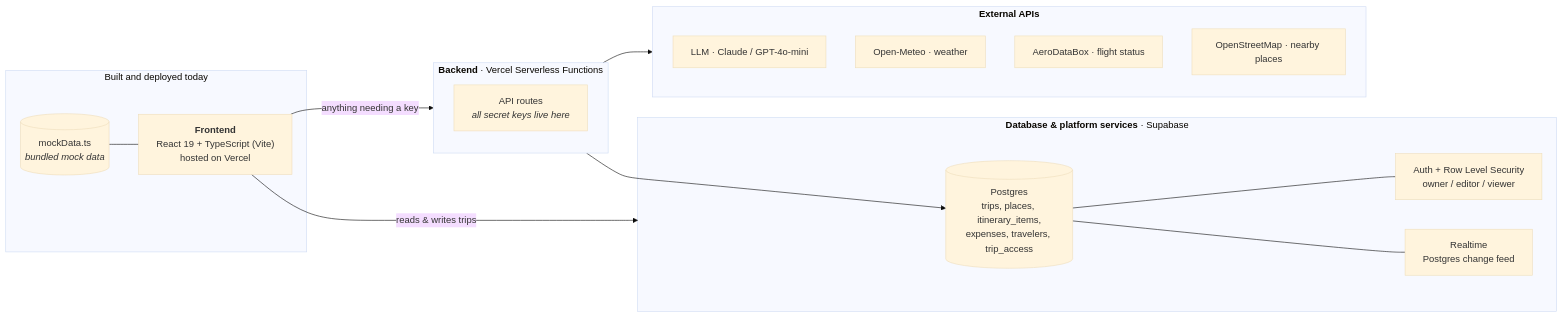
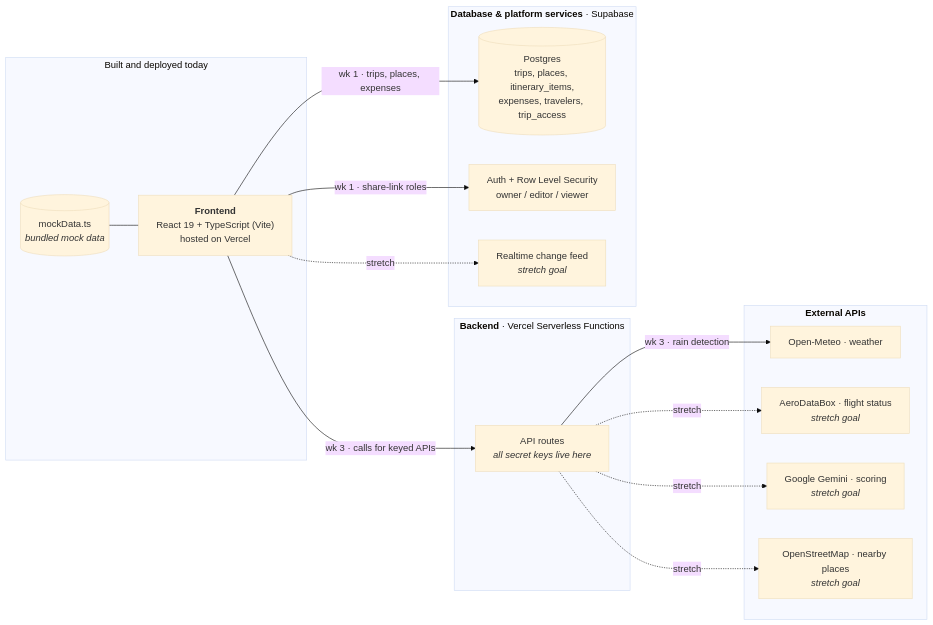
Before and after one commit to JoJoChaw20/TripSync: the fifth of 5 diagrams in README.md, drawn with Mermaid (base theme). The commit also changed other lines of this file, not shown here.

````diff
--- a/README.md
+++ b/README.md
@@ -175,33 +267,35 @@
 ```mermaid
 flowchart LR
     subgraph Now["Built and deployed today"]
         UI["<b>Frontend</b><br/>React 19 + TypeScript (Vite)<br/>hosted on Vercel"]
         Mock[("mockData.ts<br/><i>bundled mock data</i>")]
         Mock --- UI
     end
 
     subgraph Server["<b>Backend</b> · Vercel Serverless Functions"]
         FN["API routes<br/><i>all secret keys live here</i>"]
     end
 
     subgraph Supa["<b>Database & platform services</b> · Supabase"]
         DB[("Postgres<br/>trips, places, itinerary_items,<br/>expenses, travelers, trip_access")]
         AUTH["Auth + Row Level Security<br/>owner / editor / viewer"]
-        RT["Realtime<br/>Postgres change feed"]
+        RT["Realtime change feed<br/><i>stretch goal</i>"]
     end
 
     subgraph Ext["<b>External APIs</b>"]
-        AI["LLM · Claude / GPT-4o-mini"]
         Weather["Open-Meteo · weather"]
-        Flight["AeroDataBox · flight status"]
-        Places["OpenStreetMap · nearby places"]
+        Flight["AeroDataBox · flight status<br/><i>stretch goal</i>"]
+        AI["Google Gemini · scoring<br/><i>stretch goal</i>"]
+        Places["OpenStreetMap · nearby places<br/><i>stretch goal</i>"]
     end
 
-    UI -->|"reads & writes trips"| Supa
-    UI -->|"anything needing a key"| Server
-    Server --> Ext
-    Server --> DB
+    UI -->|"wk 1 · trips, places, expenses"| DB
+    UI -->|"wk 1 · share-link roles"| AUTH
+    UI -->|"wk 3 · calls for keyed APIs"| FN
+    FN -->|"wk 3 · rain detection"| Weather
 
-    DB --- AUTH
-    DB --- RT
+    UI -.->|"stretch"| RT
+    FN -.->|"stretch"| Flight
+    FN -.->|"stretch"| AI
+    FN -.->|"stretch"| Places
 ```
````
